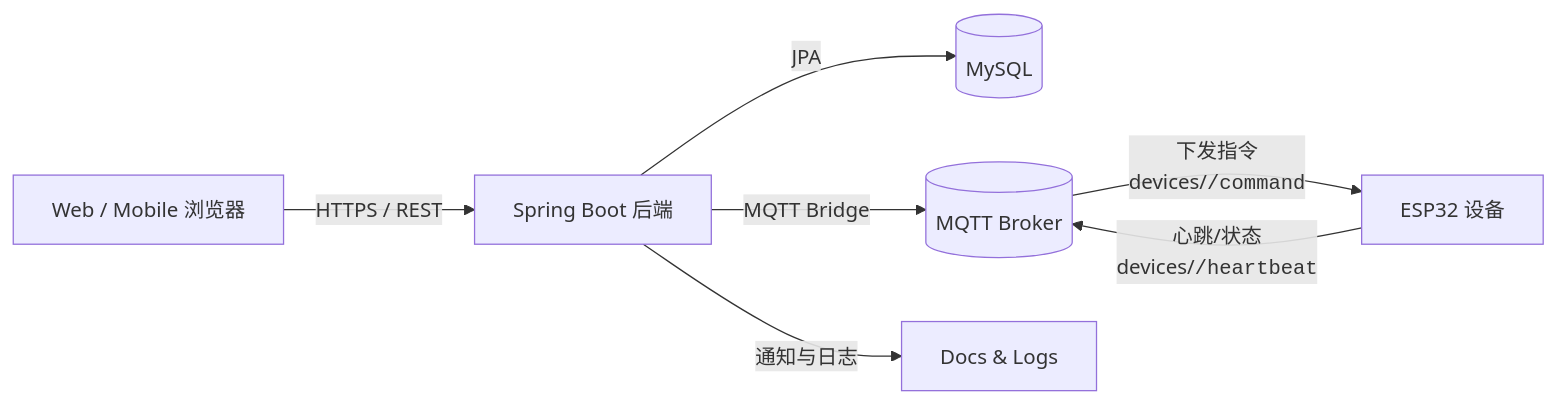
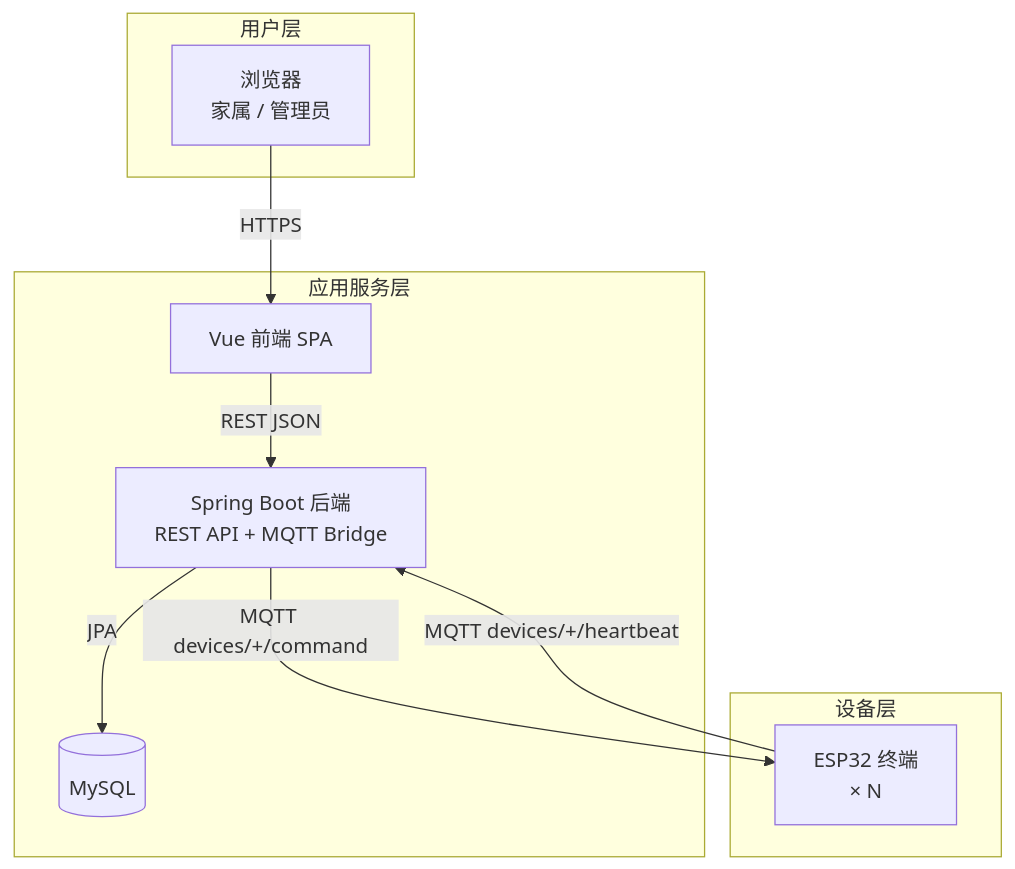
Before and after one commit to SHIKE888/Carebed_Platform: the first of 4 diagrams in README.md, drawn with Mermaid. The commit also changed other lines of this file and 72 other files, not shown here.

````diff
--- a/README.md
+++ b/README.md
@@ -20,9 +35,22 @@
 ```mermaid
-flowchart LR
-    U[Web / Mobile 浏览器] -->|HTTPS / REST| B[Spring Boot 后端]
-    B -->|JPA| DB[(MySQL)]
-    B -->|MQTT Bridge| MQ[(MQTT Broker)]
-    MQ -->|下发指令\ndevices/<code>/command| D[ESP32 设备]
-    D -->|心跳/状态\ndevices/<code>/heartbeat| MQ
-    B -->|通知与日志| LOG[Docs & Logs]
+graph TB
+    subgraph "用户层"
+        U[浏览器<br/>家属 / 管理员]
+    end
+
+    subgraph "应用服务层"
+        F[Vue 前端 SPA]
+        B[Spring Boot 后端<br/>REST API + MQTT Bridge]
+        DB[(MySQL)]
+    end
+
+    subgraph "设备层"
+        ESP[ESP32 终端<br/>× N]
+    end
+
+    U -->|HTTPS| F
+    F -->|"REST JSON"| B
+    B -->|JPA| DB
+    B -->|"MQTT devices/+/command"| ESP
+    ESP -->|"MQTT devices/+/heartbeat"| B
 ```
````
